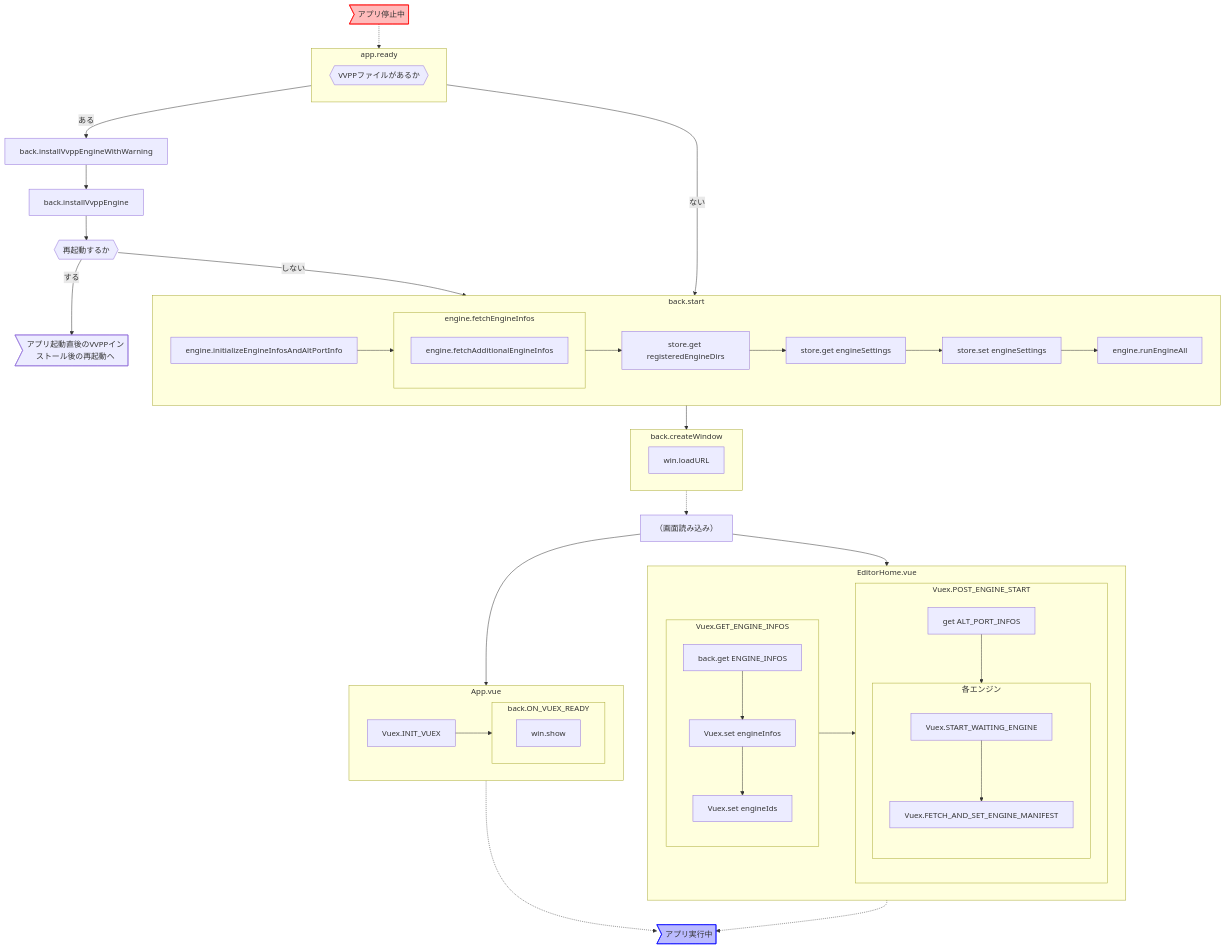
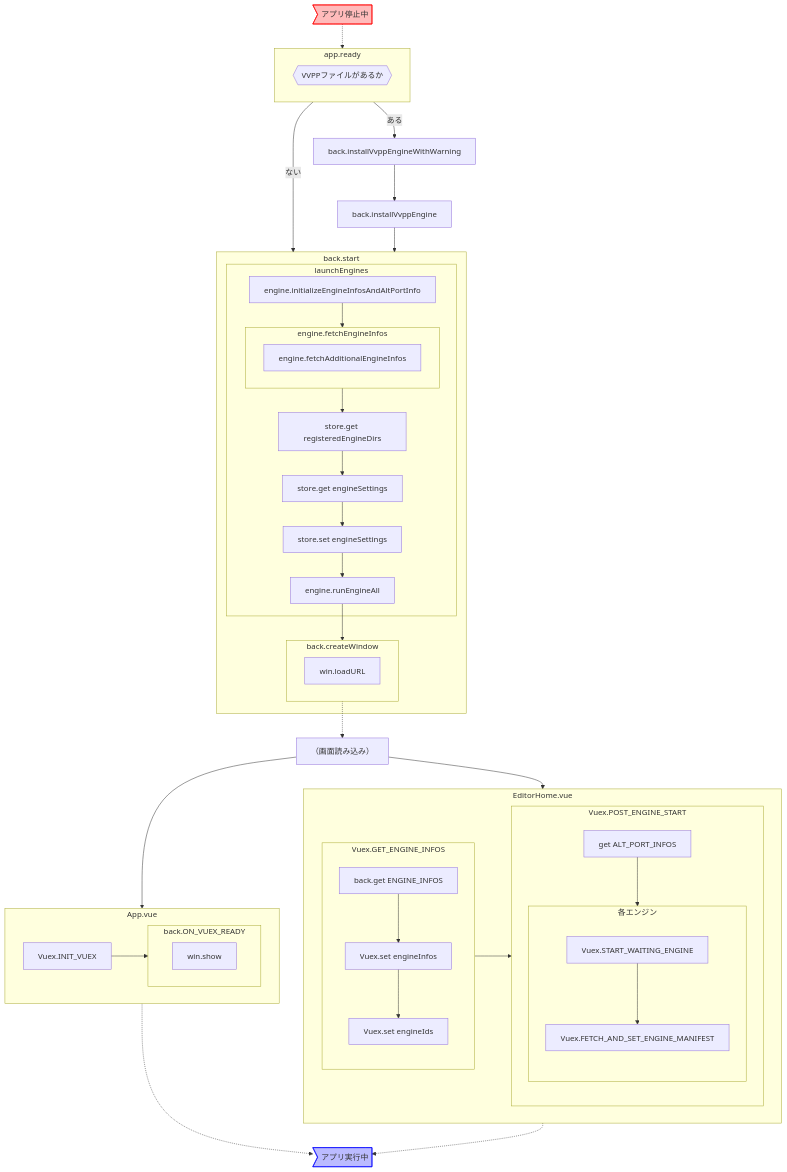
One commit to VOICEVOX/voicevox changed the diagram in docs/res/起動シーケンス図.md. Above: the diagram before and after it, drawn with Mermaid. The commit also changed 13 other files, not shown here.

````diff
--- a/docs/res/起動シーケンス図.md
+++ b/docs/res/起動シーケンス図.md
@@ -3,53 +3,53 @@
 ```mermaid
 flowchart
   174170["back.installVvppEngineWithWarning"] --> 786961["back.installVvppEngine"]
-  786961 --> 409576{{"再起動するか"}}
-  409576 -->|"する"| 173803>"アプリ起動直後のVVPPインストール後の再起動へ"]
   764022["（画面読み込み）"] --> 698565["App.vue"]
   764022 --> 332024["EditorHome.vue"]
-  389651["back.start"] --> 733212["back.createWindow"]
-  733212 -.-> 764022
+  733212["back.createWindow"] -.-> 764022
   448821>"アプリ停止中"] -.-> 430173["app.ready"]
   style 448821 fill:#ffbbbb,stroke:#ff0000
   430173 -->|"ある"| 174170
-  409576 -->|"しない"| 389651
-  430173 -->|"ない"| 389651
+  430173 -->|"ない"| 389651["back.start"]
   698565 -.-> 704891>"アプリ実行中"]
   style 704891 fill:#bbbbff,stroke:#0000ff
   332024 -.-> 704891
+  786961 --> 389651
   subgraph 332024["EditorHome.vue"]
     709863["Vuex.GET_ENGINE_INFOS"] --> 773040["Vuex.POST_ENGINE_START"]
     subgraph 773040["Vuex.POST_ENGINE_START"]
       970396["get ALT_PORT_INFOS"] --> 467527["各エンジン"]
       subgraph 467527["各エンジン"]
         592206["Vuex.START_WAITING_ENGINE"] --> 799767["Vuex.FETCH_AND_SET_ENGINE_MANIFEST"]
       end
     end
     subgraph 709863["Vuex.GET_ENGINE_INFOS"]
       807081["back.get ENGINE_INFOS"] --> 423649["Vuex.set engineInfos"]
       423649 --> 623418["Vuex.set engineIds"]
     end
   end
   subgraph 389651["back.start"]
-    250263["store.get engineSettings"] --> 222321["store.set engineSettings"]
-    870482["store.get registeredEngineDirs"] --> 250263
-    222321 --> 967432["engine.runEngineAll"]
-    656570["engine.fetchEngineInfos"] --> 870482
-    110954["engine.initializeEngineInfosAndAltPortInfo"] --> 656570
-    subgraph 656570["engine.fetchEngineInfos"]
-      267019["engine.fetchAdditionalEngineInfos"]
+    967432["engine.runEngineAll"] --> 733212
+    subgraph 733212["back.createWindow"]
+      613440["win.loadURL"]
+    end
+    subgraph 548965["launchEngines"]
+      250263["store.get engineSettings"] --> 222321["store.set engineSettings"]
+      870482["store.get registeredEngineDirs"] --> 250263
+      222321 --> 967432
+      656570["engine.fetchEngineInfos"] --> 870482
+      110954["engine.initializeEngineInfosAndAltPortInfo"] --> 656570
+      subgraph 656570["engine.fetchEngineInfos"]
+        267019["engine.fetchAdditionalEngineInfos"]
+      end
     end
   end
   subgraph 430173["app.ready"]
     546251{{"VVPPファイルがあるか"}}
   end
   subgraph 698565["App.vue"]
     646647["Vuex.INIT_VUEX"] --> 632374["back.ON_VUEX_READY"]
     subgraph 632374["back.ON_VUEX_READY"]
       225701["win.show"]
     end
   end
-  subgraph 733212["back.createWindow"]
-    613440["win.loadURL"]
-  end
 ```
````
